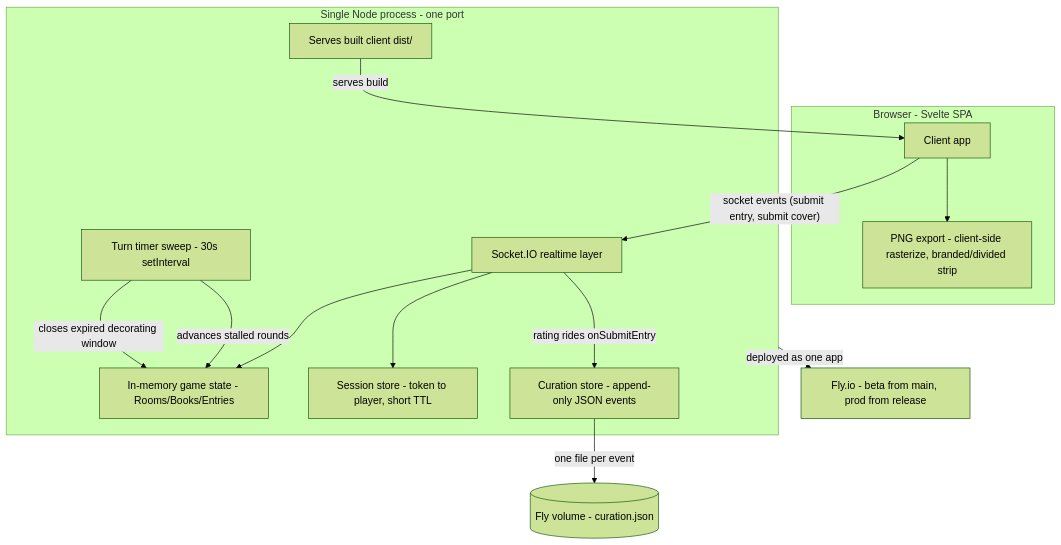
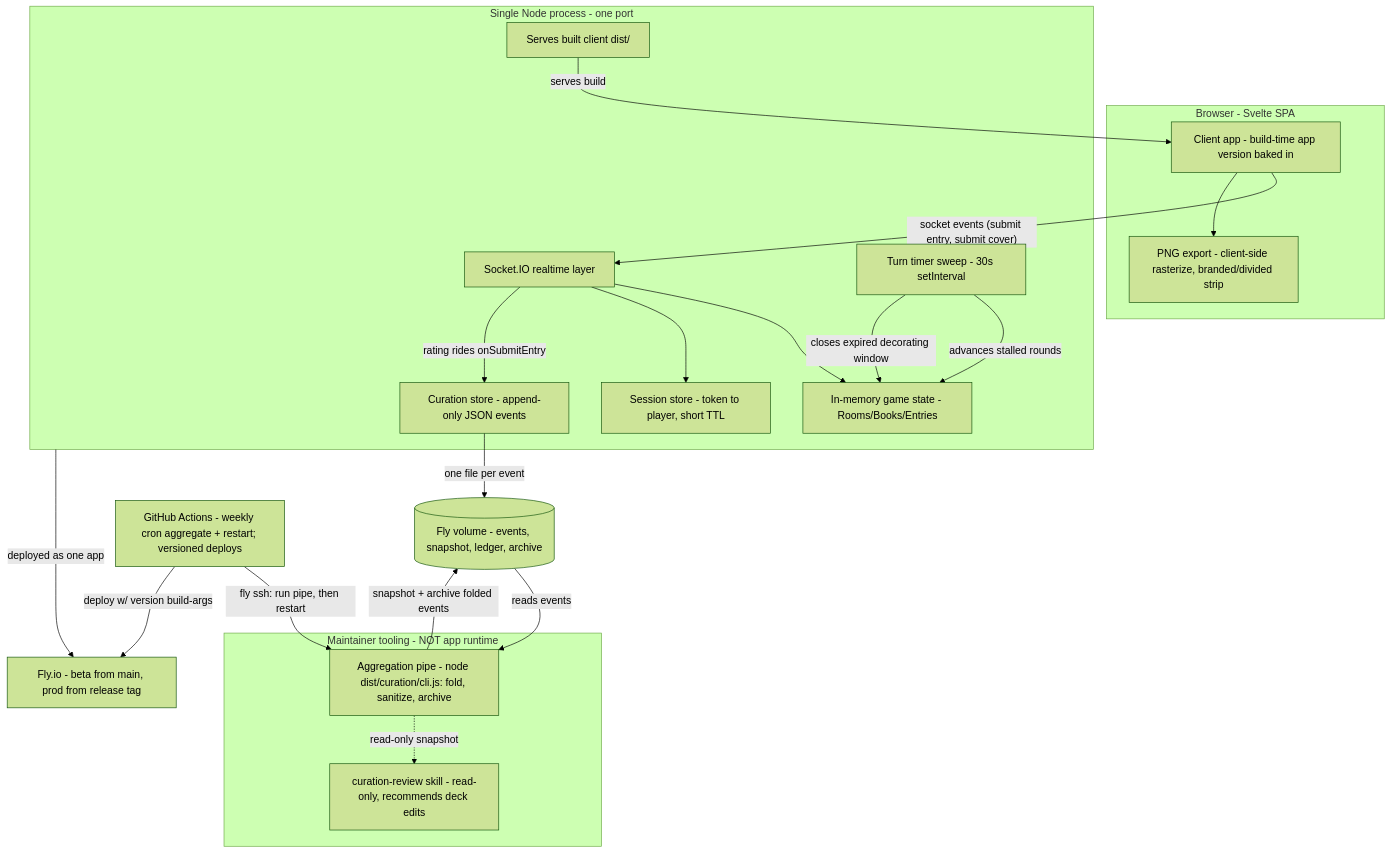
One commit to moui72/exquisite-telephone changed the second of 3 diagrams in README.md. Above: the diagram before and after it, drawn with Mermaid (forest theme). The commit also changed other lines of this file and 3 other files, not shown here.

First line of the commit message:
docs(project): regenerate all three diagrams (curation, versioning, tabs)

````diff
--- a/README.md
+++ b/README.md
@@ -215,30 +225,42 @@
 ```mermaid
 graph TD
     subgraph client[Browser - Svelte SPA]
-        UI[Client app]
+        UI[Client app - build-time app version baked in]
         PNG[PNG export - client-side rasterize, branded/divided strip]
     end
 
     subgraph proc[Single Node process - one port]
         SIO[Socket.IO realtime layer]
         STATIC[Serves built client dist/]
         STATE[In-memory game state - Rooms/Books/Entries]
         SESS[Session store - token to player, short TTL]
         SWEEP[Turn timer sweep - 30s setInterval]
         CUR[Curation store - append-only JSON events]
     end
 
-    VOL[(Fly volume - curation.json)]
-    FLY[Fly.io - beta from main, prod from release]
+    VOL[(Fly volume - events, snapshot, ledger, archive)]
+    FLY[Fly.io - beta from main, prod from release tag]
+
+    subgraph maint[Maintainer tooling - NOT app runtime]
+        PIPE[Aggregation pipe - node dist/curation/cli.js: fold, sanitize, archive]
+        SKILL[curation-review skill - read-only, recommends deck edits]
+    end
+    GHA[GitHub Actions - weekly cron aggregate + restart; versioned deploys]
 
     UI -->|"socket events (submit entry, submit cover)"| SIO
     STATIC -->|serves build| UI
     SIO --> STATE
     SIO --> SESS
     SWEEP -->|advances stalled rounds| STATE
     SWEEP -->|closes expired decorating window| STATE
     SIO -->|"rating rides onSubmitEntry"| CUR
     CUR -->|one file per event| VOL
     UI --> PNG
     proc -->|deployed as one app| FLY
+
+    VOL -->|reads events| PIPE
+    PIPE -->|snapshot + archive folded events| VOL
+    PIPE -.->|read-only snapshot| SKILL
+    GHA -->|fly ssh: run pipe, then restart| PIPE
+    GHA -->|deploy w/ version build-args| FLY
 ```
````
